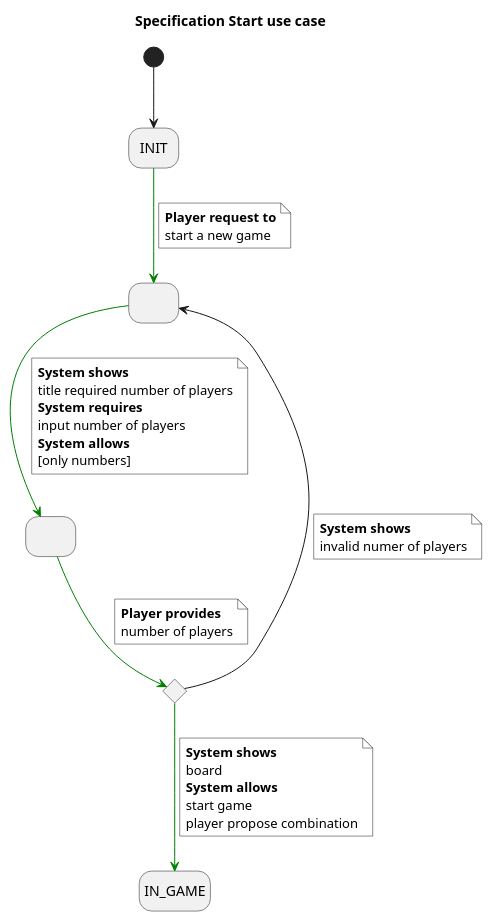
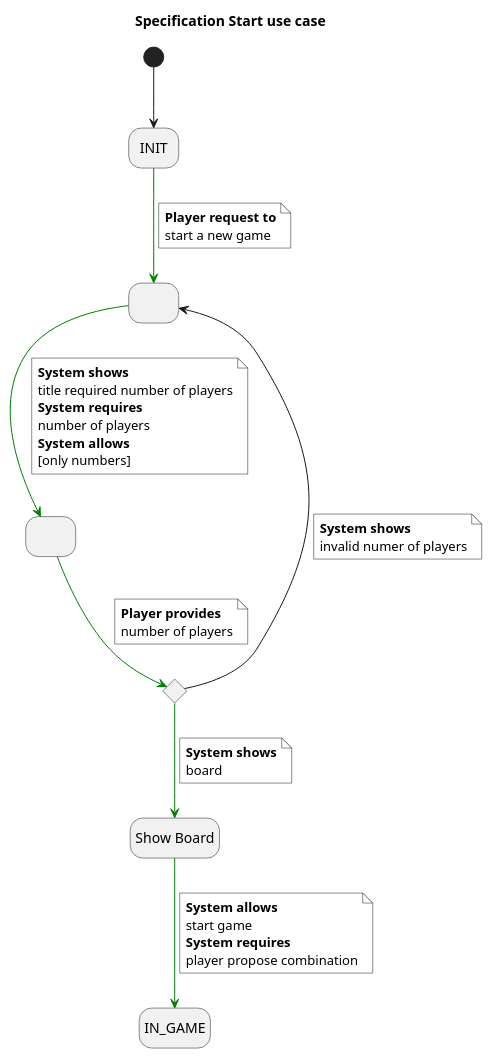
One commit to jumpering/Hanged changed the diagram in requirements/userCase/specificationStartUseCase.puml. Above: the diagram before and after it, drawn with PlantUML. The commit also changed 1 other file, not shown here.

```diff
--- a/requirements/userCase/specificationStartUseCase.puml
+++ b/requirements/userCase/specificationStartUseCase.puml
@@ -1,47 +1,50 @@
 @startuml
 
 title Specification Start use case
 skinparam NoteBackgroundColor white
 hide empty description
 state INIT as "INIT"
 state startedGame as " "
 state numberOfPlayers as " "
 state ifValidNumberOfPlayers <<choice>>
+state showBoard as "Show Board"
 
 [*] --> INIT
 INIT -[#green]-> startedGame
 note on link #white
   <b>Player request to
   start a new game
 end note
 startedGame -[#green]-> numberOfPlayers
 note on link
   <b>System shows
   title required number of players
   <b>System requires
-  input number of players
+  number of players
   <b>System allows
   [only numbers]
 end note
 numberOfPlayers -[#green]-> ifValidNumberOfPlayers
 note on link
   <b>Player provides
   number of players
 end note
 ifValidNumberOfPlayers --> startedGame
 note on link
   <b>System shows
   invalid numer of players
 end note
-ifValidNumberOfPlayers -[#green]-> IN_GAME
+ifValidNumberOfPlayers -[#green]-> showBoard
 note on link
   <b>System shows
   board
+end note
+showBoard -[#green]-> IN_GAME
+note on link
   <b>System allows
   start game
+  <b>System requires
   player propose combination
 end note
 
-
-
 @enduml
```
